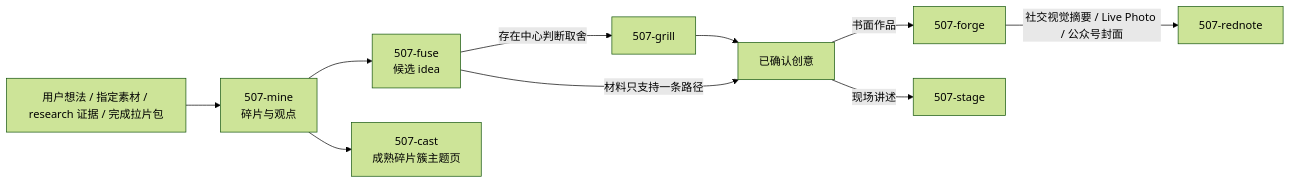
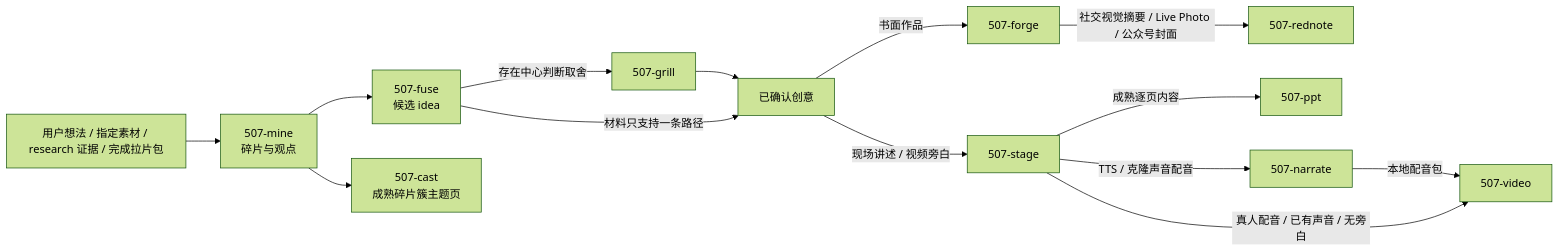
Before and after one commit to ssdiwu/507-skills: the first of 3 diagrams in write/README.md, drawn with Mermaid (forest theme). The commit also changed other lines of this file and 27 other files, not shown here.

````diff
--- a/write/README.md
+++ b/write/README.md
@@ -11,12 +11,16 @@
 ```mermaid
 flowchart LR
     source["用户想法 / 指定素材 / research 证据 / 完成拉片包"] --> mine["507-mine<br/>碎片与观点"]
     mine --> fuse["507-fuse<br/>候选 idea"]
     mine --> cast["507-cast<br/>成熟碎片簇主题页"]
     fuse -->|"存在中心判断取舍"| grill["507-grill"]
     grill --> selected["已确认创意"]
     fuse -->|"材料只支持一条路径"| selected
     selected -->|"书面作品"| forge["507-forge"]
-    selected -->|"现场讲述"| stage["507-stage"]
+    selected -->|"现场讲述 / 视频旁白"| stage["507-stage"]
+    stage -->|"成熟逐页内容"| ppt["507-ppt"]
+    stage -->|"TTS / 克隆声音配音"| narrate["507-narrate"]
+    narrate -->|"本地配音包"| video["507-video"]
+    stage -->|"真人配音 / 已有声音 / 无旁白"| video
     forge -->|"社交视觉摘要 / Live Photo / 公众号封面"| rednote["507-rednote"]
 ```
````
